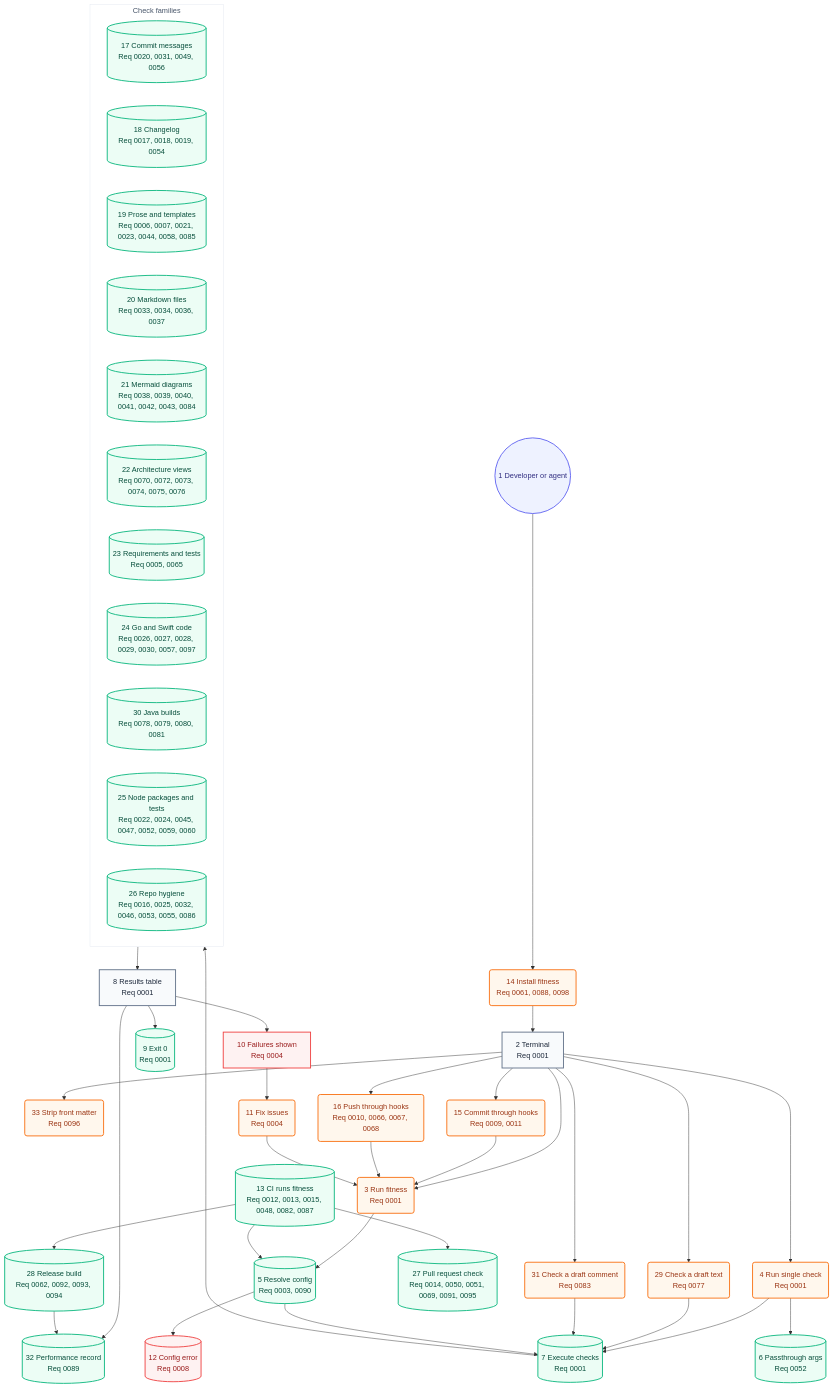
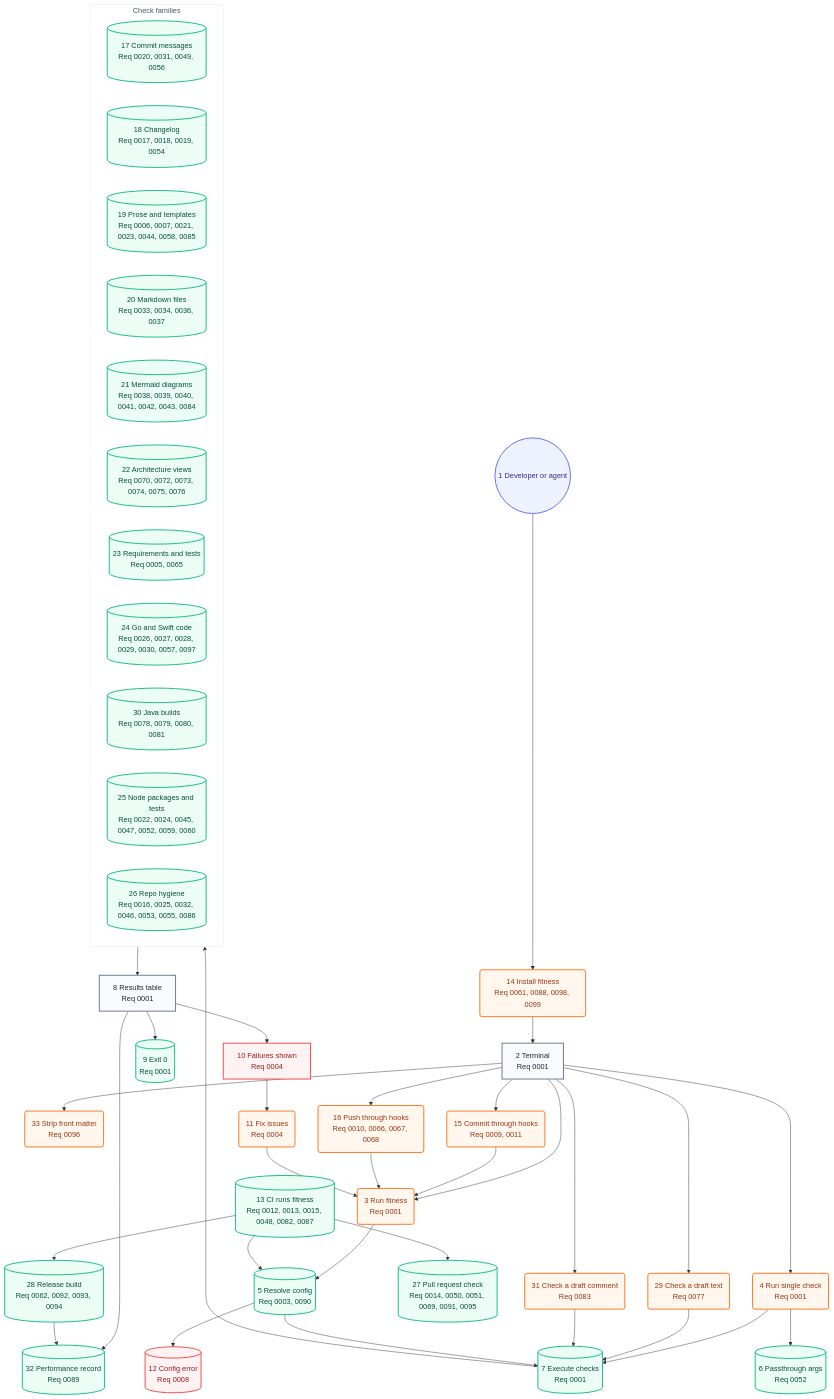
The second of 2 diagrams in docs/architecture/05-user-journey.md (may-journal/fitness-runner), drawn with Mermaid before and after one commit. The commit also changed 4 other files, not shown here.

````diff
--- a/docs/architecture/05-user-journey.md
+++ b/docs/architecture/05-user-journey.md
@@ -40,78 +40,78 @@
 ```mermaid
 flowchart TB
     dev((1 Developer or agent)):::persona
-    install(14 Install fitness<br/>Req 0061, 0088, 0098):::action
+    install(14 Install fitness<br/>Req 0061, 0088, 0098, 0099):::action
     terminal[2 Terminal<br/>Req 0001]:::screen
     runFull(3 Run fitness<br/>Req 0001):::action
     runSingle(4 Run single check<br/>Req 0001):::action
     runBlob(29 Check a draft text<br/>Req 0077):::action
     runComment(31 Check a draft comment<br/>Req 0083):::action
     stripFront(33 Strip front matter<br/>Req 0096):::action
     commitHook(15 Commit through hooks<br/>Req 0009, 0011):::action
     pushHook(16 Push through hooks<br/>Req 0010, 0066, 0067, 0068):::action
     resolveConfig[(5 Resolve config<br/>Req 0003, 0090)]:::system
     passArgs[(6 Passthrough args<br/>Req 0052)]:::system
     executeChecks[(7 Execute checks<br/>Req 0001)]:::system
 
     subgraph checks["Check families"]
         commitChecks[(17 Commit messages<br/>Req 0020, 0031, 0049, 0056)]:::system
         changelogChecks[(18 Changelog<br/>Req 0017, 0018, 0019, 0054)]:::system
         proseChecks[(19 Prose and templates<br/>Req 0006, 0007, 0021, 0023, 0044, 0058, 0085)]:::system
         markdownChecks[(20 Markdown files<br/>Req 0033, 0034, 0036, 0037)]:::system
         mermaidChecks[(21 Mermaid diagrams<br/>Req 0038, 0039, 0040, 0041, 0042, 0043, 0084)]:::system
         architectureChecks[(22 Architecture views<br/>Req 0070, 0072, 0073, 0074, 0075, 0076)]:::system
         requirementChecks[(23 Requirements and tests<br/>Req 0005, 0065)]:::system
         goSwiftChecks[(24 Go and Swift code<br/>Req 0026, 0027, 0028, 0029, 0030, 0057, 0097)]:::system
         javaChecks[(30 Java builds<br/>Req 0078, 0079, 0080, 0081)]:::system
         nodeChecks[(25 Node packages and tests<br/>Req 0022, 0024, 0045, 0047, 0052, 0059, 0060)]:::system
         repoChecks[(26 Repo hygiene<br/>Req 0016, 0025, 0032, 0046, 0053, 0055, 0086)]:::system
     end
 
     resultsTable[8 Results table<br/>Req 0001]:::screen
     exitZero[(9 Exit 0<br/>Req 0001)]:::system
     failuresShown[10 Failures shown<br/>Req 0004]:::blocked
     fixIssues(11 Fix issues<br/>Req 0004):::action
     configError[(12 Config error<br/>Req 0008)]:::blocked
     ciRun[(13 CI runs fitness<br/>Req 0012, 0013, 0015, 0048, 0082, 0087)]:::system
     prCheck[(27 Pull request check<br/>Req 0014, 0050, 0051, 0069, 0091, 0095)]:::system
     release[(28 Release build<br/>Req 0062, 0092, 0093, 0094)]:::system
     perfRecord[(32 Performance record<br/>Req 0089)]:::system
 
     dev --> install
     install --> terminal
     terminal --> runFull
     terminal --> runSingle
     terminal --> commitHook
     terminal --> pushHook
     terminal --> runBlob
     terminal --> runComment
     terminal --> stripFront
     commitHook --> runFull
     pushHook --> runFull
     runFull --> resolveConfig
     runSingle --> executeChecks
     runSingle --> passArgs
     runBlob --> executeChecks
     runComment --> executeChecks
     resolveConfig --> executeChecks
     resolveConfig --> configError
     executeChecks --> checks
     checks --> resultsTable
     resultsTable --> exitZero
     resultsTable --> failuresShown
     failuresShown --> fixIssues
     fixIssues --> runFull
     ciRun --> resolveConfig
     ciRun --> prCheck
     ciRun --> release
     resultsTable --> perfRecord
     release --> perfRecord
 
     classDef persona fill:#eef2ff,stroke:#6366f1,color:#312e81,stroke-width:2px
     classDef screen fill:#f8fafc,stroke:#64748b,color:#1e293b,stroke-width:2px
     classDef action fill:#fff7ed,stroke:#f97316,color:#9a3412,stroke-width:2px
     classDef system fill:#ecfdf5,stroke:#10b981,color:#064e3b,stroke-width:2px
     classDef blocked fill:#fef2f2,stroke:#ef4444,color:#991b1b,stroke-width:2px
 
     style checks fill:#ffffff,stroke:#e2e8f0,color:#475569,stroke-width:1px
 ```
````
